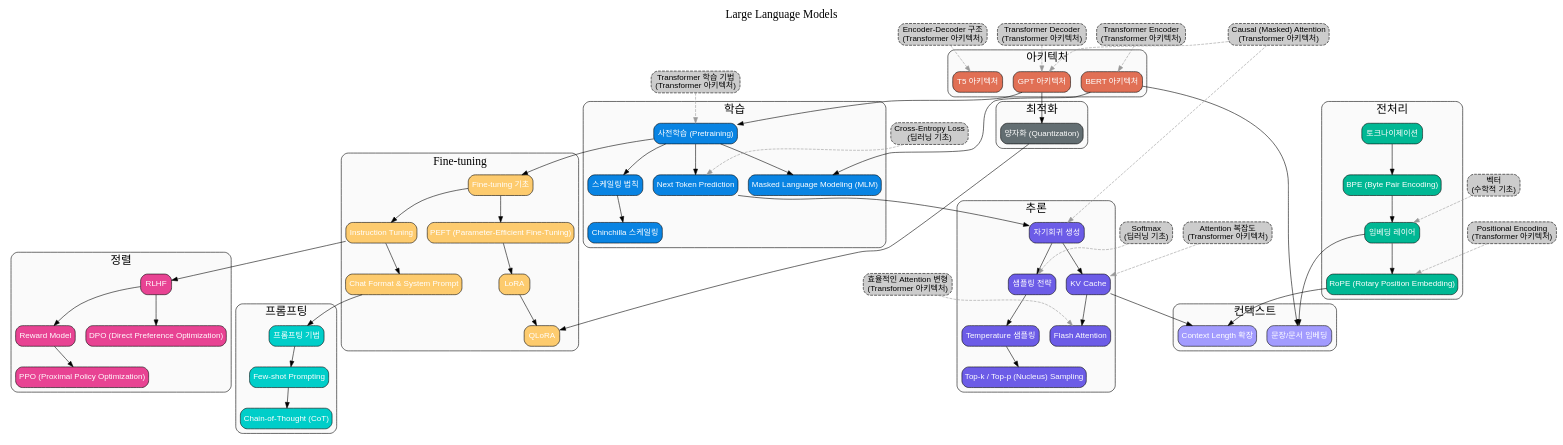
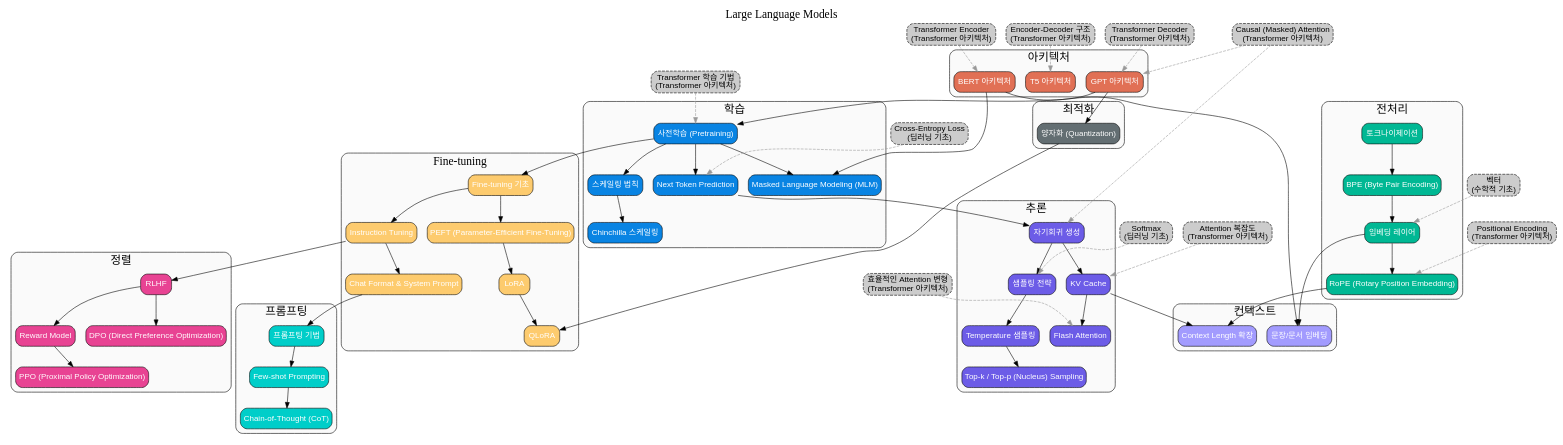
The diagram in outputs/llm_graph.dot (not-for-me/ai-learning-graph), drawn with Graphviz before and after one commit. The commit also changed other lines of this file and 21 other files, not shown here.

```diff
--- a/outputs/llm_graph.dot
+++ b/outputs/llm_graph.dot
@@ -1,157 +1,157 @@
 digraph llm {
     rankdir=TB;
     node [shape=box, style="rounded,filled", fontname="Arial"];
     edge [fontname="Arial"];
     label="Large Language Models";
     labelloc=t;
     fontsize=20;
 
-    subgraph cluster_llm_architecture {
-        label="아키텍처";
+    subgraph cluster_llm_training {
+        label="학습";
         style=rounded;
         bgcolor="#fafafa";
-        llm_gpt_architecture [label="GPT 아키텍처", fillcolor="#E17055", fontcolor="white"];
-        llm_bert_architecture [label="BERT 아키텍처", fillcolor="#E17055", fontcolor="white"];
-        llm_t5_architecture [label="T5 아키텍처", fillcolor="#E17055", fontcolor="white"];
+        llm_pretraining [label="사전학습 (Pretraining)", fillcolor="#0984E3", fontcolor="white"];
+        llm_next_token_prediction [label="Next Token Prediction", fillcolor="#0984E3", fontcolor="white"];
+        llm_masked_language_modeling [label="Masked Language Modeling (MLM)", fillcolor="#0984E3", fontcolor="white"];
+        llm_scaling_laws [label="스케일링 법칙", fillcolor="#0984E3", fontcolor="white"];
+        llm_chinchilla_scaling [label="Chinchilla 스케일링", fillcolor="#0984E3", fontcolor="white"];
+    }
+
+    subgraph cluster_llm_alignment {
+        label="정렬";
+        style=rounded;
+        bgcolor="#fafafa";
+        llm_rlhf [label="RLHF", fillcolor="#E84393", fontcolor="white"];
+        llm_reward_model [label="Reward Model", fillcolor="#E84393", fontcolor="white"];
+        llm_ppo [label="PPO (Proximal Policy Optimization)", fillcolor="#E84393", fontcolor="white"];
+        llm_dpo [label="DPO (Direct Preference Optimization)", fillcolor="#E84393", fontcolor="white"];
+    }
+
+    subgraph cluster_llm_finetuning {
+        label="Fine-tuning";
+        style=rounded;
+        bgcolor="#fafafa";
+        llm_finetuning [label="Fine-tuning 기초", fillcolor="#FDCB6E", fontcolor="white"];
+        llm_instruction_tuning [label="Instruction Tuning", fillcolor="#FDCB6E", fontcolor="white"];
+        llm_chat_format [label="Chat Format & System Prompt", fillcolor="#FDCB6E", fontcolor="white"];
+        llm_peft [label="PEFT (Parameter-Efficient Fine-Tuning)", fillcolor="#FDCB6E", fontcolor="white"];
+        llm_lora [label="LoRA", fillcolor="#FDCB6E", fontcolor="white"];
+        llm_qlora [label="QLoRA", fillcolor="#FDCB6E", fontcolor="white"];
     }
 
     subgraph cluster_llm_preprocessing {
         label="전처리";
         style=rounded;
         bgcolor="#fafafa";
         llm_tokenization [label="토크나이제이션", fillcolor="#00B894", fontcolor="white"];
         llm_bpe [label="BPE (Byte Pair Encoding)", fillcolor="#00B894", fontcolor="white"];
         llm_embedding_layer [label="임베딩 레이어", fillcolor="#00B894", fontcolor="white"];
         llm_rotary_embedding [label="RoPE (Rotary Position Embedding)", fillcolor="#00B894", fontcolor="white"];
     }
 
+    subgraph cluster_llm_architecture {
+        label="아키텍처";
+        style=rounded;
+        bgcolor="#fafafa";
+        llm_gpt_architecture [label="GPT 아키텍처", fillcolor="#E17055", fontcolor="white"];
+        llm_bert_architecture [label="BERT 아키텍처", fillcolor="#E17055", fontcolor="white"];
+        llm_t5_architecture [label="T5 아키텍처", fillcolor="#E17055", fontcolor="white"];
+    }
+
     subgraph cluster_llm_prompting {
         label="프롬프팅";
         style=rounded;
         bgcolor="#fafafa";
         llm_prompting_techniques [label="프롬프팅 기법", fillcolor="#00CEC9", fontcolor="white"];
         llm_few_shot_prompting [label="Few-shot Prompting", fillcolor="#00CEC9", fontcolor="white"];
         llm_chain_of_thought [label="Chain-of-Thought (CoT)", fillcolor="#00CEC9", fontcolor="white"];
     }
 
-    subgraph cluster_llm_training {
-        label="학습";
+    subgraph cluster_llm_inference {
+        label="추론";
         style=rounded;
         bgcolor="#fafafa";
-        llm_pretraining [label="사전학습 (Pretraining)", fillcolor="#0984E3", fontcolor="white"];
-        llm_next_token_prediction [label="Next Token Prediction", fillcolor="#0984E3", fontcolor="white"];
-        llm_masked_language_modeling [label="Masked Language Modeling (MLM)", fillcolor="#0984E3", fontcolor="white"];
-        llm_scaling_laws [label="스케일링 법칙", fillcolor="#0984E3", fontcolor="white"];
-        llm_chinchilla_scaling [label="Chinchilla 스케일링", fillcolor="#0984E3", fontcolor="white"];
-    }
-
-    subgraph cluster_llm_finetuning {
-        label="Fine-tuning";
-        style=rounded;
-        bgcolor="#fafafa";
-        llm_finetuning [label="Fine-tuning 기초", fillcolor="#FDCB6E", fontcolor="white"];
-        llm_instruction_tuning [label="Instruction Tuning", fillcolor="#FDCB6E", fontcolor="white"];
-        llm_chat_format [label="Chat Format & System Prompt", fillcolor="#FDCB6E", fontcolor="white"];
-        llm_peft [label="PEFT (Parameter-Efficient Fine-Tuning)", fillcolor="#FDCB6E", fontcolor="white"];
-        llm_lora [label="LoRA", fillcolor="#FDCB6E", fontcolor="white"];
-        llm_qlora [label="QLoRA", fillcolor="#FDCB6E", fontcolor="white"];
+        llm_autoregressive_generation [label="자기회귀 생성", fillcolor="#6C5CE7", fontcolor="white"];
+        llm_sampling_strategies [label="샘플링 전략", fillcolor="#6C5CE7", fontcolor="white"];
+        llm_temperature_sampling [label="Temperature 샘플링", fillcolor="#6C5CE7", fontcolor="white"];
+        llm_top_k_top_p [label="Top-k / Top-p (Nucleus) Sampling", fillcolor="#6C5CE7", fontcolor="white"];
+        llm_kv_cache [label="KV Cache", fillcolor="#6C5CE7", fontcolor="white"];
+        llm_flash_attention [label="Flash Attention", fillcolor="#6C5CE7", fontcolor="white"];
     }
 
     subgraph cluster_llm_optimization {
         label="최적화";
         style=rounded;
         bgcolor="#fafafa";
         llm_quantization [label="양자화 (Quantization)", fillcolor="#636E72", fontcolor="white"];
     }
 
     subgraph cluster_llm_context {
         label="컨텍스트";
         style=rounded;
         bgcolor="#fafafa";
         llm_context_length_extension [label="Context Length 확장", fillcolor="#A29BFE", fontcolor="white"];
         llm_sentence_embeddings [label="문장/문서 임베딩", fillcolor="#A29BFE", fontcolor="white"];
     }
 
-    subgraph cluster_llm_inference {
-        label="추론";
-        style=rounded;
-        bgcolor="#fafafa";
-        llm_autoregressive_generation [label="자기회귀 생성", fillcolor="#6C5CE7", fontcolor="white"];
-        llm_sampling_strategies [label="샘플링 전략", fillcolor="#6C5CE7", fontcolor="white"];
-        llm_temperature_sampling [label="Temperature 샘플링", fillcolor="#6C5CE7", fontcolor="white"];
-        llm_top_k_top_p [label="Top-k / Top-p (Nucleus) Sampling", fillcolor="#6C5CE7", fontcolor="white"];
-        llm_kv_cache [label="KV Cache", fillcolor="#6C5CE7", fontcolor="white"];
-        llm_flash_attention [label="Flash Attention", fillcolor="#6C5CE7", fontcolor="white"];
-    }
-
-    subgraph cluster_llm_alignment {
-        label="정렬";
-        style=rounded;
-        bgcolor="#fafafa";
-        llm_rlhf [label="RLHF", fillcolor="#E84393", fontcolor="white"];
-        llm_reward_model [label="Reward Model", fillcolor="#E84393", fontcolor="white"];
-        llm_ppo [label="PPO (Proximal Policy Optimization)", fillcolor="#E84393", fontcolor="white"];
-        llm_dpo [label="DPO (Direct Preference Optimization)", fillcolor="#E84393", fontcolor="white"];
-    }
-
     // External dependencies
+    transformer_transformer_decoder [label="Transformer Decoder\n(Transformer 아키텍처)", fillcolor="#cccccc", style="rounded,filled,dashed"];
+    transformer_transformer_training [label="Transformer 학습 기법\n(Transformer 아키텍처)", fillcolor="#cccccc", style="rounded,filled,dashed"];
+    math_foundations_vector [label="벡터\n(수학적 기초)", fillcolor="#cccccc", style="rounded,filled,dashed"];
+    deep_learning_softmax [label="Softmax\n(딥러닝 기초)", fillcolor="#cccccc", style="rounded,filled,dashed"];
+    transformer_attention_complexity [label="Attention 복잡도\n(Transformer 아키텍처)", fillcolor="#cccccc", style="rounded,filled,dashed"];
+    transformer_transformer_encoder [label="Transformer Encoder\n(Transformer 아키텍처)", fillcolor="#cccccc", style="rounded,filled,dashed"];
+    transformer_encoder_decoder [label="Encoder-Decoder 구조\n(Transformer 아키텍처)", fillcolor="#cccccc", style="rounded,filled,dashed"];
+    transformer_causal_attention [label="Causal (Masked) Attention\n(Transformer 아키텍처)", fillcolor="#cccccc", style="rounded,filled,dashed"];
     deep_learning_cross_entropy [label="Cross-Entropy Loss\n(딥러닝 기초)", fillcolor="#cccccc", style="rounded,filled,dashed"];
-    deep_learning_softmax [label="Softmax\n(딥러닝 기초)", fillcolor="#cccccc", style="rounded,filled,dashed"];
-    transformer_transformer_encoder [label="Transformer Encoder\n(Transformer 아키텍처)", fillcolor="#cccccc", style="rounded,filled,dashed"];
-    transformer_transformer_decoder [label="Transformer Decoder\n(Transformer 아키텍처)", fillcolor="#cccccc", style="rounded,filled,dashed"];
-    transformer_encoder_decoder [label="Encoder-Decoder 구조\n(Transformer 아키텍처)", fillcolor="#cccccc", style="rounded,filled,dashed"];
     transformer_positional_encoding [label="Positional Encoding\n(Transformer 아키텍처)", fillcolor="#cccccc", style="rounded,filled,dashed"];
-    transformer_causal_attention [label="Causal (Masked) Attention\n(Transformer 아키텍처)", fillcolor="#cccccc", style="rounded,filled,dashed"];
-    math_foundations_vector [label="벡터\n(수학적 기초)", fillcolor="#cccccc", style="rounded,filled,dashed"];
-    transformer_attention_complexity [label="Attention 복잡도\n(Transformer 아키텍처)", fillcolor="#cccccc", style="rounded,filled,dashed"];
-    transformer_transformer_training [label="Transformer 학습 기법\n(Transformer 아키텍처)", fillcolor="#cccccc", style="rounded,filled,dashed"];
     transformer_efficient_attention [label="효율적인 Attention 변형\n(Transformer 아키텍처)", fillcolor="#cccccc", style="rounded,filled,dashed"];
 
     // Edges
     transformer_transformer_decoder -> llm_gpt_architecture [style=dashed, color="#999999"];
     transformer_causal_attention -> llm_gpt_architecture [style=dashed, color="#999999"];
     transformer_transformer_encoder -> llm_bert_architecture [style=dashed, color="#999999"];
     transformer_encoder_decoder -> llm_t5_architecture [style=dashed, color="#999999"];
     llm_tokenization -> llm_bpe;
     llm_bpe -> llm_embedding_layer;
     math_foundations_vector -> llm_embedding_layer [style=dashed, color="#999999"];
     llm_embedding_layer -> llm_rotary_embedding;
     transformer_positional_encoding -> llm_rotary_embedding [style=dashed, color="#999999"];
     llm_gpt_architecture -> llm_pretraining;
     transformer_transformer_training -> llm_pretraining [style=dashed, color="#999999"];
     llm_pretraining -> llm_next_token_prediction;
     deep_learning_cross_entropy -> llm_next_token_prediction [style=dashed, color="#999999"];
     llm_bert_architecture -> llm_masked_language_modeling;
     llm_pretraining -> llm_masked_language_modeling;
     llm_pretraining -> llm_scaling_laws;
     llm_scaling_laws -> llm_chinchilla_scaling;
     llm_next_token_prediction -> llm_autoregressive_generation;
     transformer_causal_attention -> llm_autoregressive_generation [style=dashed, color="#999999"];
     llm_autoregressive_generation -> llm_sampling_strategies;
     deep_learning_softmax -> llm_sampling_strategies [style=dashed, color="#999999"];
     llm_sampling_strategies -> llm_temperature_sampling;
     llm_temperature_sampling -> llm_top_k_top_p;
     llm_autoregressive_generation -> llm_kv_cache;
     transformer_attention_complexity -> llm_kv_cache [style=dashed, color="#999999"];
     llm_kv_cache -> llm_flash_attention;
     transformer_efficient_attention -> llm_flash_attention [style=dashed, color="#999999"];
     llm_pretraining -> llm_finetuning;
     llm_finetuning -> llm_instruction_tuning;
     llm_instruction_tuning -> llm_chat_format;
     llm_instruction_tuning -> llm_rlhf;
     llm_rlhf -> llm_reward_model;
     llm_reward_model -> llm_ppo;
     llm_rlhf -> llm_dpo;
     llm_finetuning -> llm_peft;
     llm_peft -> llm_lora;
     llm_lora -> llm_qlora;
     llm_quantization -> llm_qlora;
     llm_gpt_architecture -> llm_quantization;
     llm_chat_format -> llm_prompting_techniques;
     llm_prompting_techniques -> llm_few_shot_prompting;
     llm_few_shot_prompting -> llm_chain_of_thought;
     llm_rotary_embedding -> llm_context_length_extension;
     llm_kv_cache -> llm_context_length_extension;
     llm_embedding_layer -> llm_sentence_embeddings;
     llm_bert_architecture -> llm_sentence_embeddings;
 }
```
